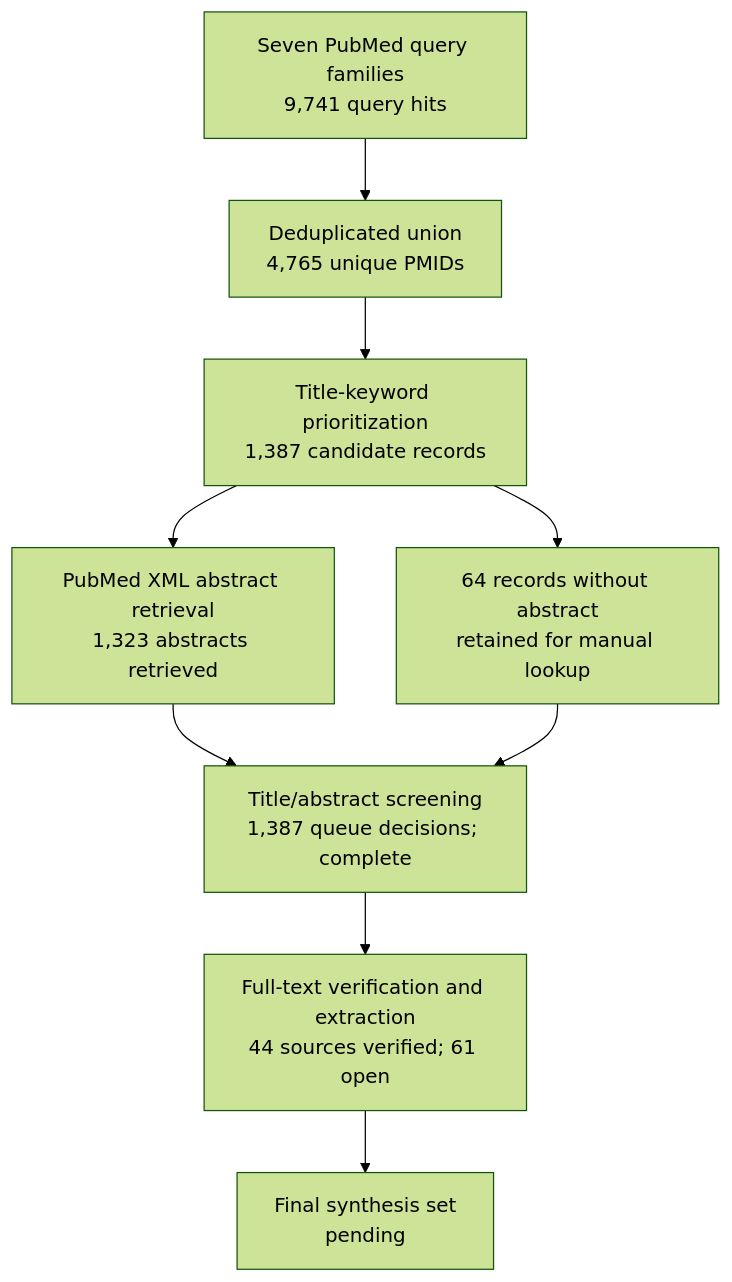
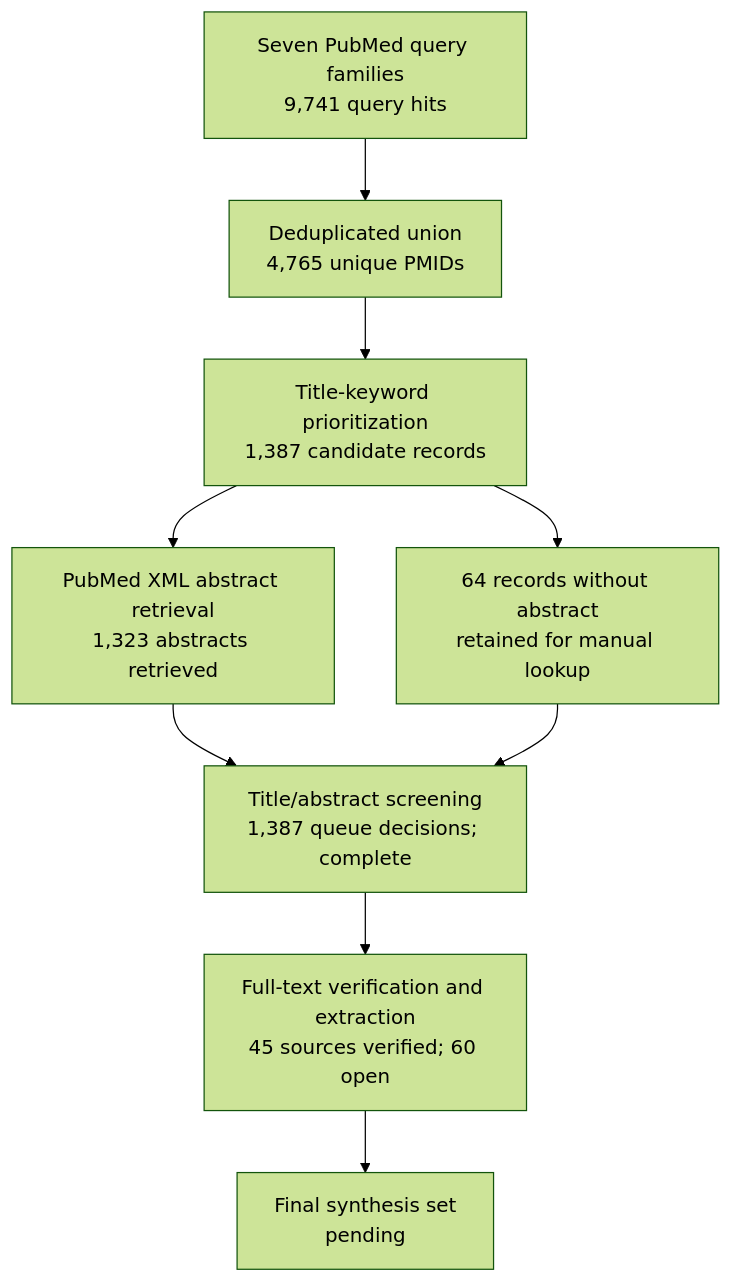
The diagram in manuscript/review-flow.md (dcmcshan/artemisia), drawn with Mermaid (forest theme) before and after one commit. The commit also changed other lines of this file and 13 other files, not shown here.

Commit message:
Add hydrotrope malaria full-text evidence

````diff
--- a/manuscript/review-flow.md
+++ b/manuscript/review-flow.md
@@ -5,11 +5,11 @@
 ```mermaid
 flowchart TB
   Q[Seven PubMed query families<br/>9,741 query hits] --> U[Deduplicated union<br/>4,765 unique PMIDs]
   U --> T[Title-keyword prioritization<br/>1,387 candidate records]
   T --> A[PubMed XML abstract retrieval<br/>1,323 abstracts retrieved]
   T --> N[64 records without abstract<br/>retained for manual lookup]
   A --> M[Title/abstract screening<br/>1,387 queue decisions; complete]
   N --> M
-  M --> F[Full-text verification and extraction<br/>44 sources verified; 61 open]
+  M --> F[Full-text verification and extraction<br/>45 sources verified; 60 open]
   F --> S[Final synthesis set<br/>pending]
 ```
````
